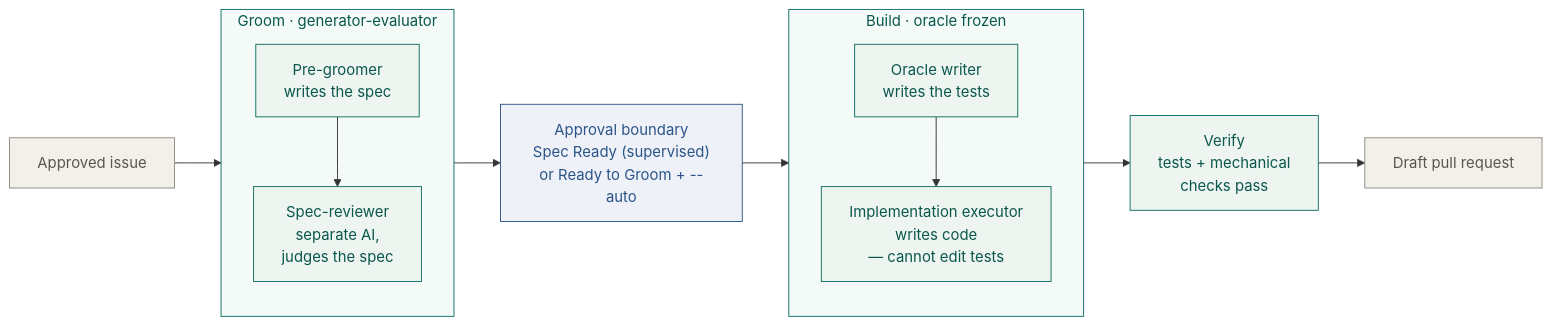
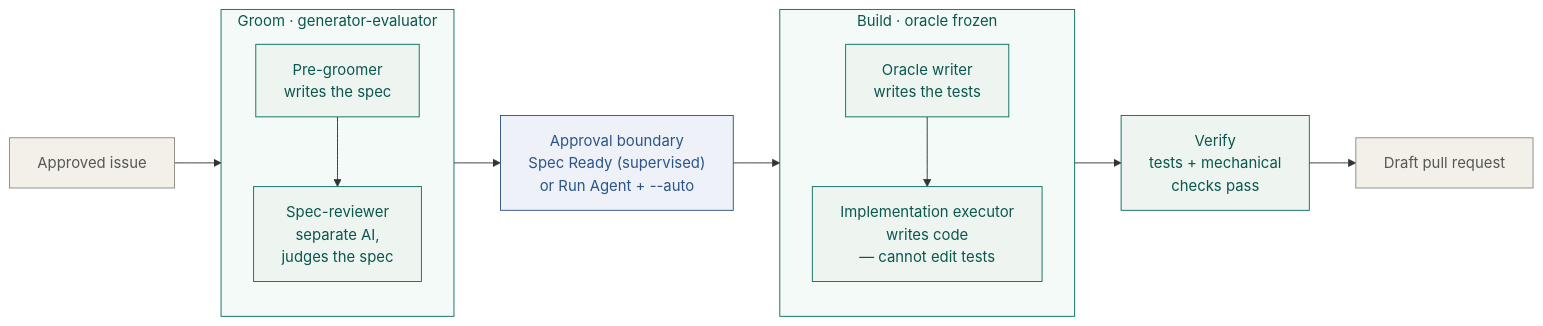
The first of 5 diagrams in docs/architecture/deliver-architecture.md (Calibrax-ai/autoship), drawn with Mermaid before and after one commit. The commit also changed other lines of this file and 9 other files, not shown here.

First line of the commit message:
Rename remote trigger state: Ready to Groom -> Run Agent

````diff
--- a/docs/architecture/deliver-architecture.md
+++ b/docs/architecture/deliver-architecture.md
@@ -53,40 +53,40 @@
 ```mermaid
 flowchart LR
     Issue["Approved issue"]
 
     subgraph GROOM ["Groom · generator-evaluator"]
       direction TB
       PG["Pre-groomer<br/>writes the spec"]
       BR["Spec-reviewer<br/>separate AI,<br/>judges the spec"]
       PG --> BR
     end
 
-    HA["Approval boundary<br/>Spec Ready (supervised)<br/>or Ready to Groom + --auto"]
+    HA["Approval boundary<br/>Spec Ready (supervised)<br/>or Run Agent + --auto"]
 
     subgraph BUILD ["Build · oracle frozen"]
       direction TB
       S1["Oracle writer<br/>writes the tests"]
       S2["Implementation executor<br/>writes code<br/>— cannot edit tests"]
       S1 --> S2
     end
 
     V["Verify<br/>tests + mechanical<br/>checks pass"]
     PR["Draft pull request"]
 
     Issue --> GROOM
     GROOM --> HA
     HA --> BUILD
     BUILD --> V
     V --> PR
 
     classDef live fill:#eef5f1,stroke:#0d6e61,color:#0a574d
     classDef human fill:#eef2f8,stroke:#2c5488,color:#2c5488
     classDef ext fill:#f2f0e9,stroke:#8a8983,color:#575652
 
     class PG,BR,S1,S2,V live
     class HA human
     class Issue,PR ext
 
     style GROOM fill:#f4faf7,stroke:#0d6e61,stroke-width:1px,color:#0a574d
     style BUILD fill:#f4faf7,stroke:#0d6e61,stroke-width:1px,color:#0a574d
 ```
````
